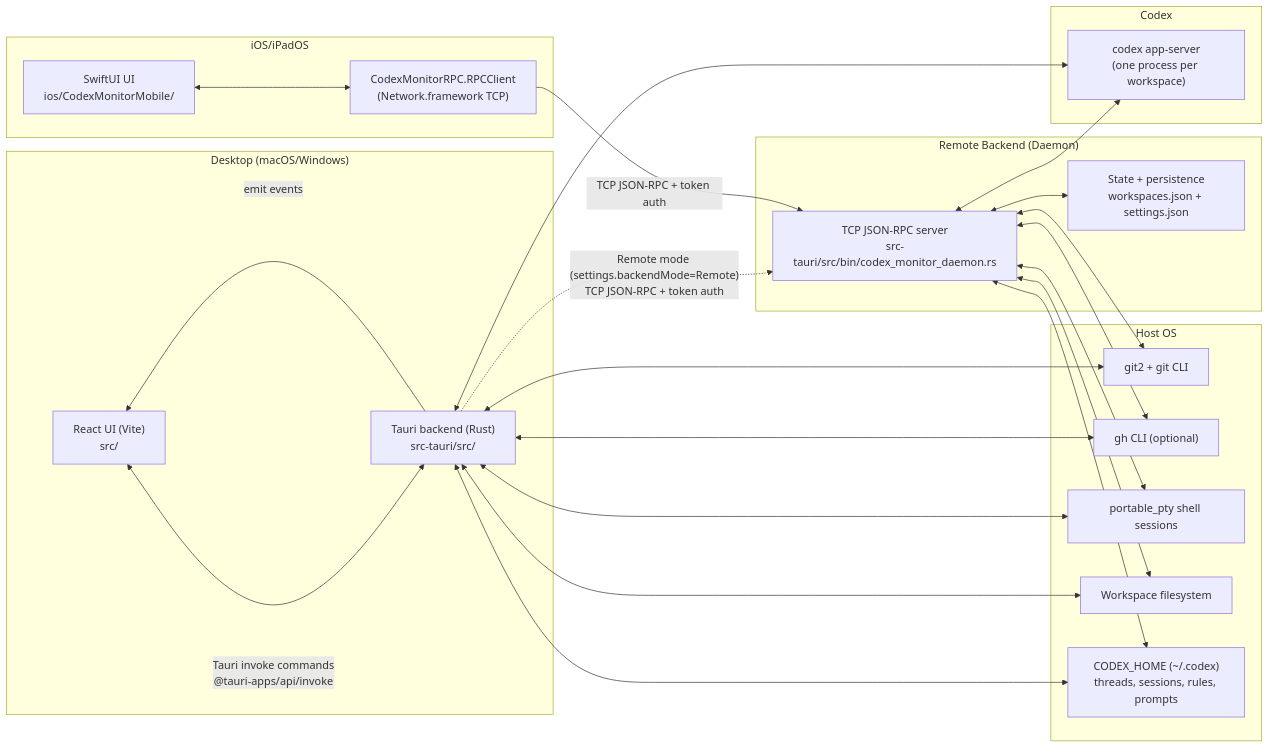
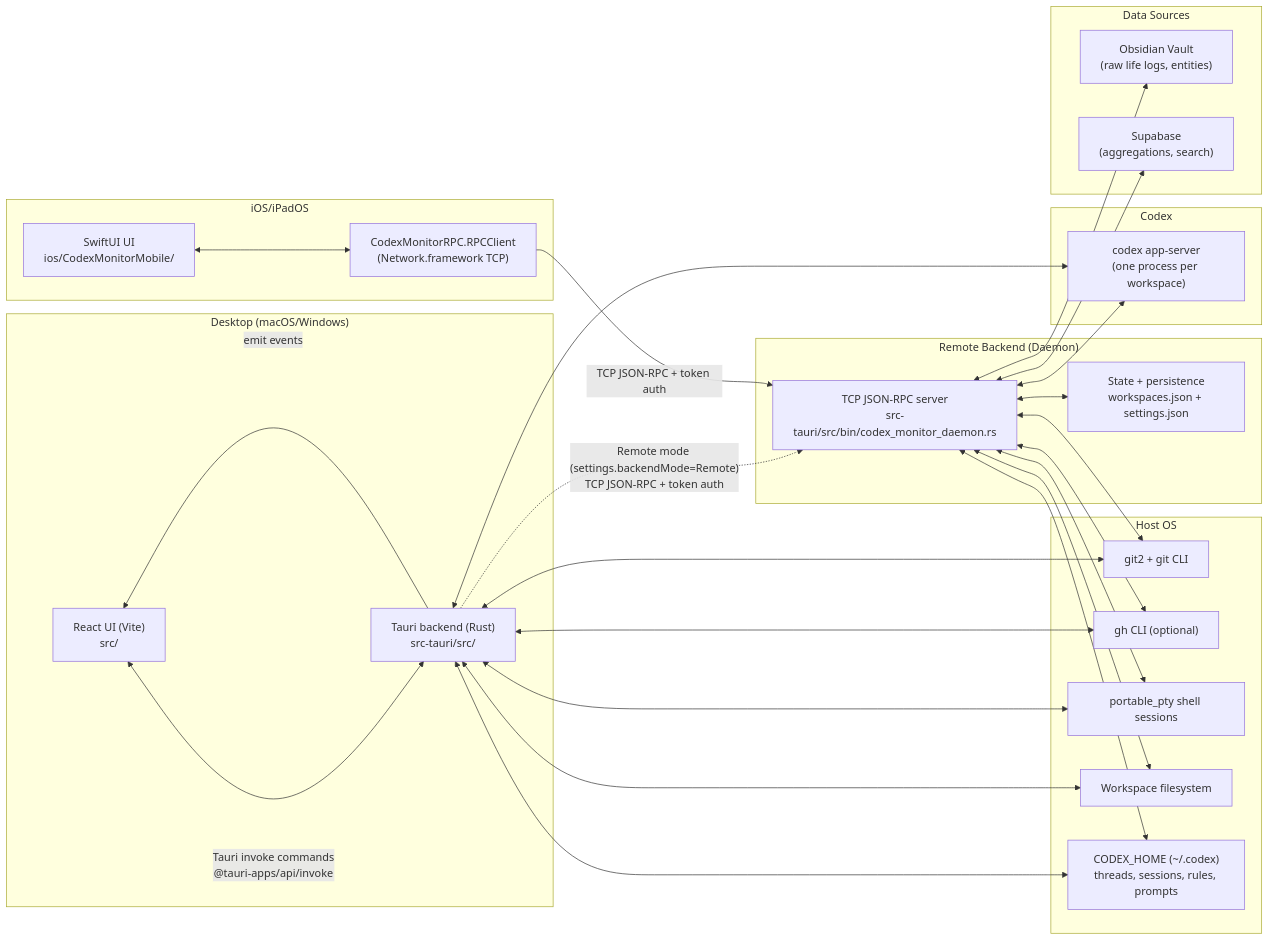
The diagram in docs/ARCHITECTURE.md (zhangyun199/CodexMonitor), drawn with Mermaid before and after one commit. The commit also changed other lines of this file and 72 other files, not shown here.

First line of the commit message:
feat: Life workspace architecture with domain dashboards

````diff
--- a/docs/ARCHITECTURE.md
+++ b/docs/ARCHITECTURE.md
@@ -18,63 +93,74 @@
 ```mermaid
 flowchart LR
   subgraph Desktop["Desktop (macOS/Windows)"]
     React["React UI (Vite)
 src/"]
     Tauri["Tauri backend (Rust)
 src-tauri/src/"]
     React <-- "Tauri invoke commands
 @tauri-apps/api/invoke" --> Tauri
     Tauri -->|emit events| React
   end
 
   subgraph Mobile["iOS/iPadOS"]
     SwiftUI["SwiftUI UI
 ios/CodexMonitorMobile/"]
     RPCClient["CodexMonitorRPC.RPCClient
 (Network.framework TCP)"]
     SwiftUI <--> RPCClient
   end
 
   subgraph Daemon["Remote Backend (Daemon)"]
     RPCServer["TCP JSON-RPC server
 src-tauri/src/bin/codex_monitor_daemon.rs"]
     Store["State + persistence
 workspaces.json + settings.json"]
     RPCServer <--> Store
   end
 
   subgraph Codex["Codex"]
     AppServer["codex app-server
 (one process per workspace)"]
   end
 
   subgraph OS["Host OS"]
     Git["git2 + git CLI"]
     GH["gh CLI (optional)"]
     PTY["portable_pty shell sessions"]
     FS["Workspace filesystem"]
     CodexHome["CODEX_HOME (~/.codex)
 threads, sessions, rules, prompts"]
   end
 
+  subgraph Data["Data Sources"]
+    Obsidian["Obsidian Vault
+(raw life logs, entities)"]
+    Supabase["Supabase
+(aggregations, search)"]
+  end
+
   %% Local mode: Desktop Tauri runs app-server itself
   Tauri <--> AppServer
   Tauri <--> Git
   Tauri <--> PTY
   Tauri <--> FS
   Tauri <--> CodexHome
   Tauri <--> GH
 
   %% Remote mode: Desktop Tauri proxies to daemon
   Tauri -. "Remote mode (settings.backendMode=Remote)
 TCP JSON-RPC + token auth" .-> RPCServer
   RPCClient -->|TCP JSON-RPC + token auth| RPCServer
 
   %% Daemon hosts app-server
   RPCServer <--> AppServer
   RPCServer <--> Git
   RPCServer <--> PTY
   RPCServer <--> FS
   RPCServer <--> CodexHome
   RPCServer <--> GH
+
+  %% Data sources for Life workspace
+  RPCServer <--> Obsidian
+  RPCServer <--> Supabase
 ```
````
